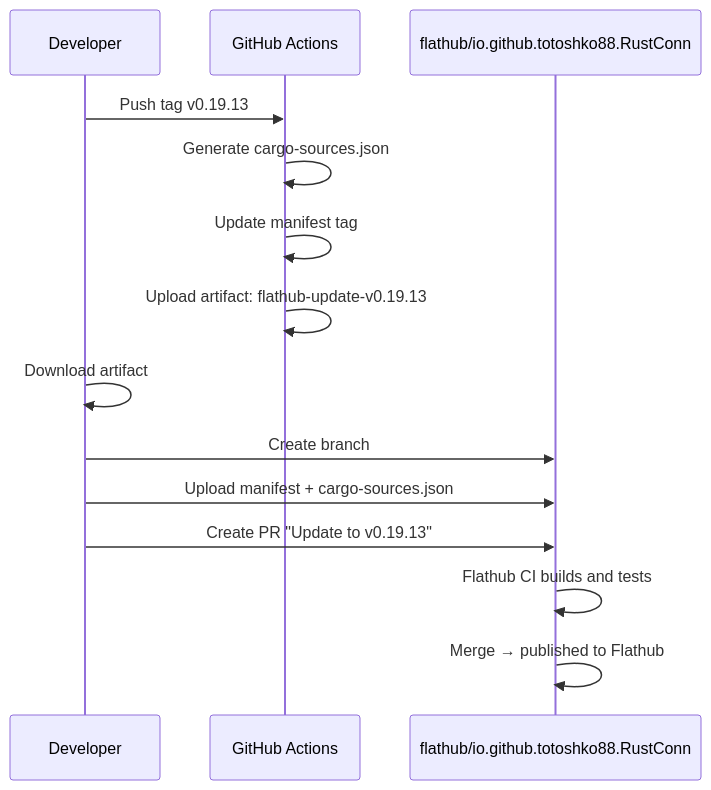
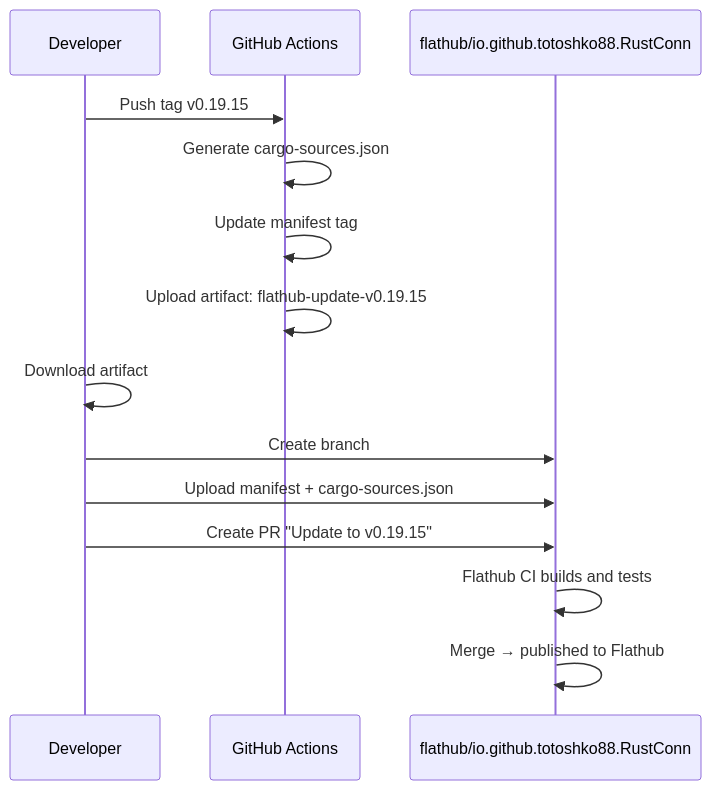
One commit to philclifford/RustConn changed the sixth of 6 diagrams in docs/CI_BUILD_FLOW.md. Above: the diagram before and after it, drawn with Mermaid. The commit also changed other lines of this file and 39 other files, not shown here.

````diff
--- a/docs/CI_BUILD_FLOW.md
+++ b/docs/CI_BUILD_FLOW.md
@@ -255,18 +255,18 @@
 ```mermaid
 sequenceDiagram
     participant Dev as Developer
     participant GH as GitHub Actions
     participant FH as flathub/io.github.totoshko88.RustConn
 
-    Dev->>GH: Push tag v0.19.13
+    Dev->>GH: Push tag v0.19.15
     GH->>GH: Generate cargo-sources.json
     GH->>GH: Update manifest tag
-    GH->>GH: Upload artifact: flathub-update-v0.19.13
+    GH->>GH: Upload artifact: flathub-update-v0.19.15
 
     Dev->>Dev: Download artifact
     Dev->>FH: Create branch
     Dev->>FH: Upload manifest + cargo-sources.json
-    Dev->>FH: Create PR "Update to v0.19.13"
+    Dev->>FH: Create PR "Update to v0.19.15"
     FH->>FH: Flathub CI builds and tests
     FH->>FH: Merge → published to Flathub
 ```
````
